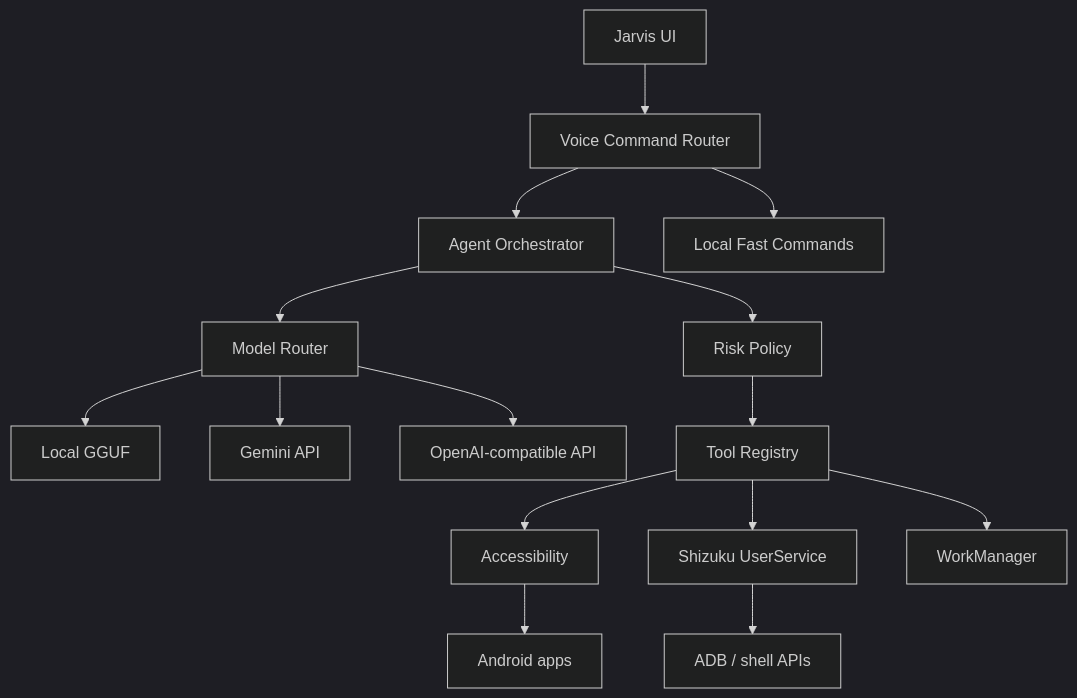
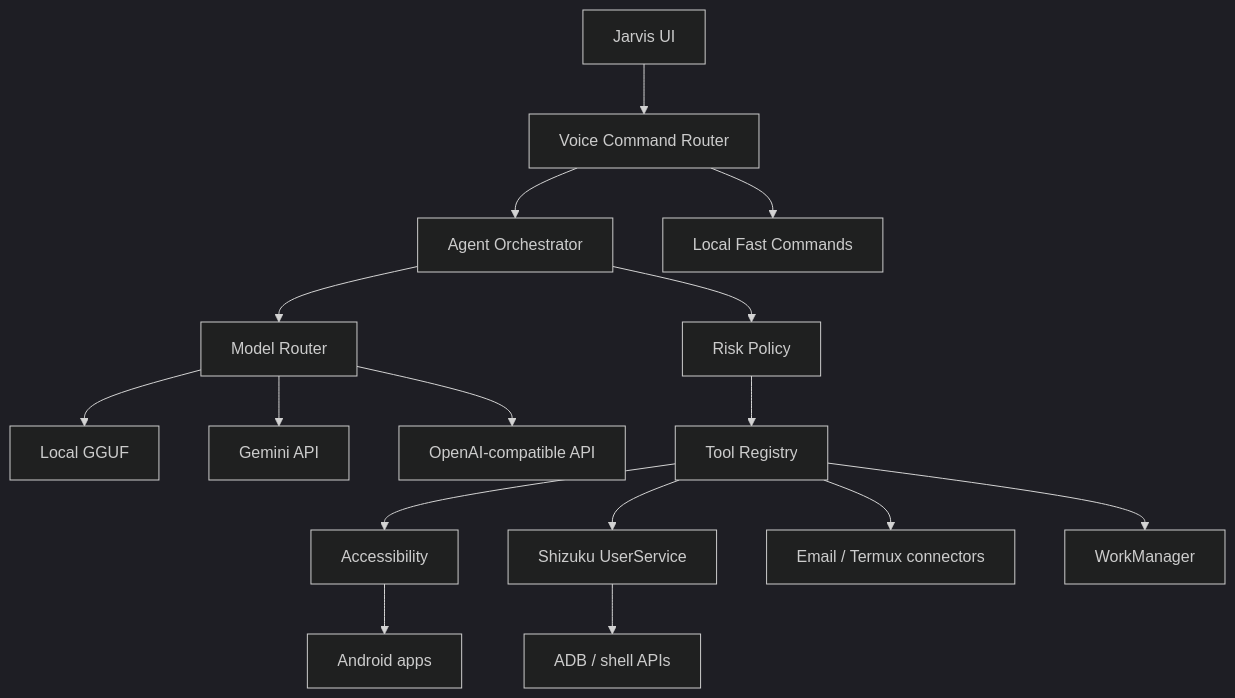
One commit to VadymYem/Jarvis changed the diagram in README.md. Above: the diagram before and after it, drawn with Mermaid (dark theme). The commit also changed other lines of this file and 18 other files, not shown here.

Commit message:
feat: add email and Termux service connectors

````diff
--- a/README.md
+++ b/README.md
@@ -35,17 +39,18 @@
 ```mermaid
 flowchart TD
     UI["Jarvis UI"] --> VOICE["Voice Command Router"]
     VOICE --> LOOP["Agent Orchestrator"]
     VOICE --> FAST["Local Fast Commands"]
     LOOP --> ROUTER["Model Router"]
     ROUTER --> LOCAL["Local GGUF"]
     ROUTER --> GEMINI["Gemini API"]
     ROUTER --> CLOUD["OpenAI-compatible API"]
     LOOP --> POLICY["Risk Policy"]
     POLICY --> TOOLS["Tool Registry"]
     TOOLS --> A11Y["Accessibility"]
     TOOLS --> SHI["Shizuku UserService"]
+    TOOLS --> CONNECT["Email / Termux connectors"]
     TOOLS --> JOBS["WorkManager"]
     A11Y --> APPS["Android apps"]
     SHI --> SHELL["ADB / shell APIs"]
 ```
````
